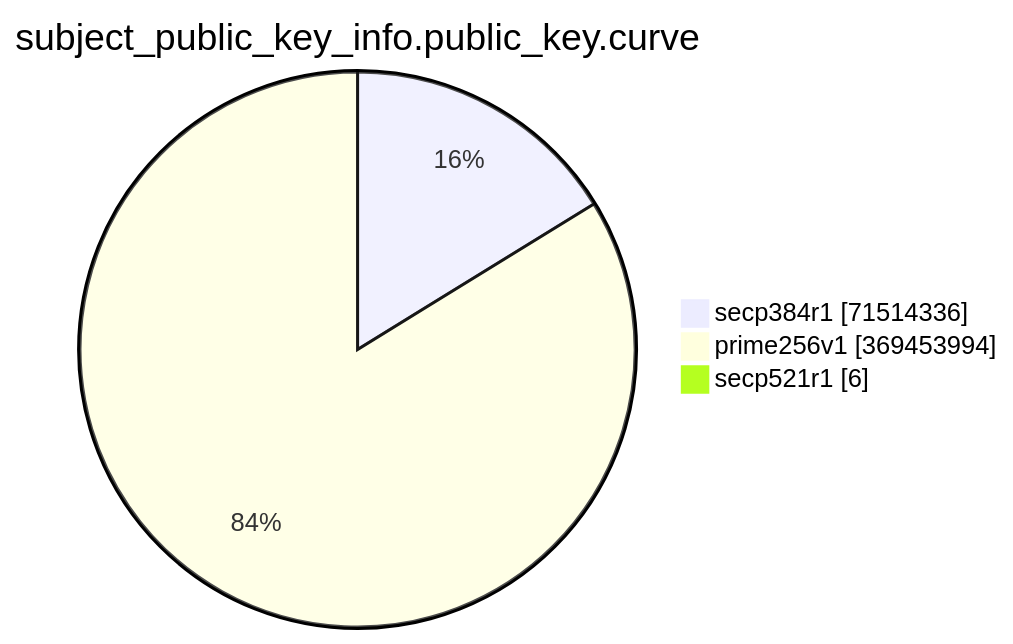
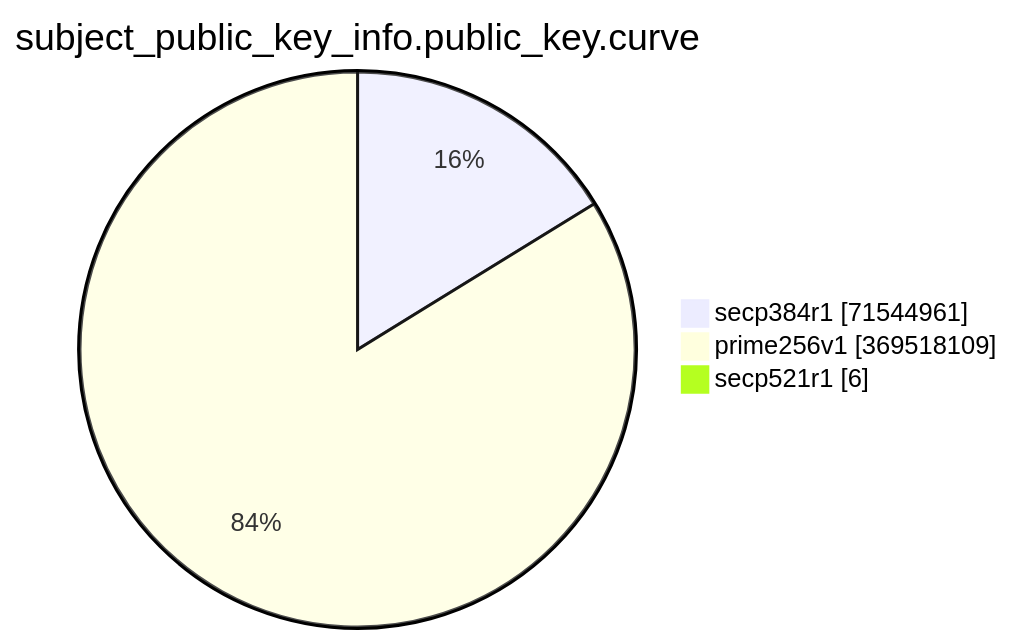
Before and after one commit to christiankrug/ctmonitor_visualization: the eighth of 15 diagrams in TOTAL/README.md, drawn with Mermaid. The commit also changed other lines of this file, not shown here.

````diff
--- a/TOTAL/README.md
+++ b/TOTAL/README.md
@@ -3092,7 +3092,7 @@
 ```mermaid
 pie showData
 title subject_public_key_info.public_key.curve
-"secp384r1" :71514336
-"prime256v1" :369453994
+"secp384r1" :71544961
+"prime256v1" :369518109
 "secp521r1" :6
 ```
````
